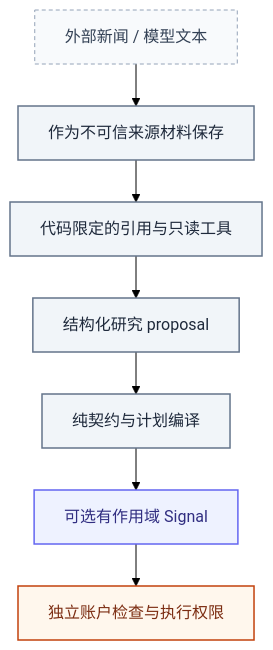
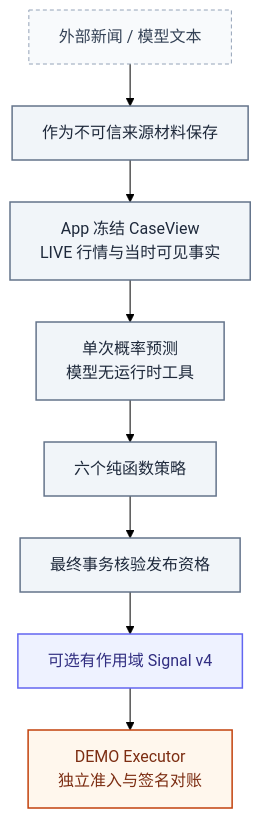
One commit to AnalyThothAI/tracefold changed the diagram in docs/SECURITY.md. Above: the diagram before and after it, drawn with Mermaid (forest theme). The commit also changed other lines of this file and 46 other files, not shown here.

Commit message:
docs: align handbook with current architecture and remove obsolete materials

````diff
--- a/docs/SECURITY.md
+++ b/docs/SECURITY.md
@@ -50,29 +50,30 @@
 ```mermaid
 ---
 config:
   fontFamily: "system-ui, Noto Sans CJK SC, Microsoft YaHei, WenQuanYi Zen Hei, sans-serif"
   flowchart:
     curve: linear
     nodeSpacing: 28
     rankSpacing: 42
 ---
 flowchart TD
     accTitle: 研究与账户权限边界
-    accDescr: 不可信来源只能成为证据，受限工具与纯编译器形成可选 Signal。账户检查与执行权限仍属于独立 Runtime。
+    accDescr: 不可信来源只能成为证据；冻结 CaseView 输入经单次概率预测与纯策略形成候选，事务内核验发布资格。账户检查与执行权限属于 DEMO Executor。
     Source["外部新闻 / 模型文本"] --> Evidence["作为不可信来源材料保存"]
-    Evidence --> Tools["代码限定的引用与只读工具"]
-    Tools --> Proposal["结构化研究 proposal"]
-    Proposal --> Compiler["纯契约与计划编译"]
-    Compiler --> Signal["可选有作用域 Signal"]
-    Signal --> Runtime["独立账户检查与执行权限"]
+    Evidence --> Case["App 冻结 CaseView<br/>LIVE 行情与当时可见事实"]
+    Case --> Forecast["单次概率预测<br/>模型无运行时工具"]
+    Forecast --> Policies["六个纯函数策略"]
+    Policies --> Check["最终事务核验发布资格"]
+    Check --> Signal["可选有作用域 Signal v4"]
+    Signal --> Runtime["DEMO Executor<br/>独立准入与签名对账"]
 
     classDef news fill:#ecfdf5,stroke:#0f766e,color:#134e4a,stroke-width:1.5px
     classDef research fill:#eef2ff,stroke:#6366f1,color:#312e81,stroke-width:1.5px
     classDef execution fill:#fff7ed,stroke:#c2410c,color:#7c2d12,stroke-width:1.5px
     classDef store fill:#f1f5f9,stroke:#64748b,color:#1e293b,stroke-width:1.5px
     classDef external fill:#f8fafc,stroke:#94a3b8,color:#334155,stroke-dasharray:4 3
 class Source external;
-class Evidence,Tools,Proposal,Compiler store;
+class Evidence,Case,Forecast,Policies,Check store;
 class Signal research;
 class Runtime execution;
 ```
````
